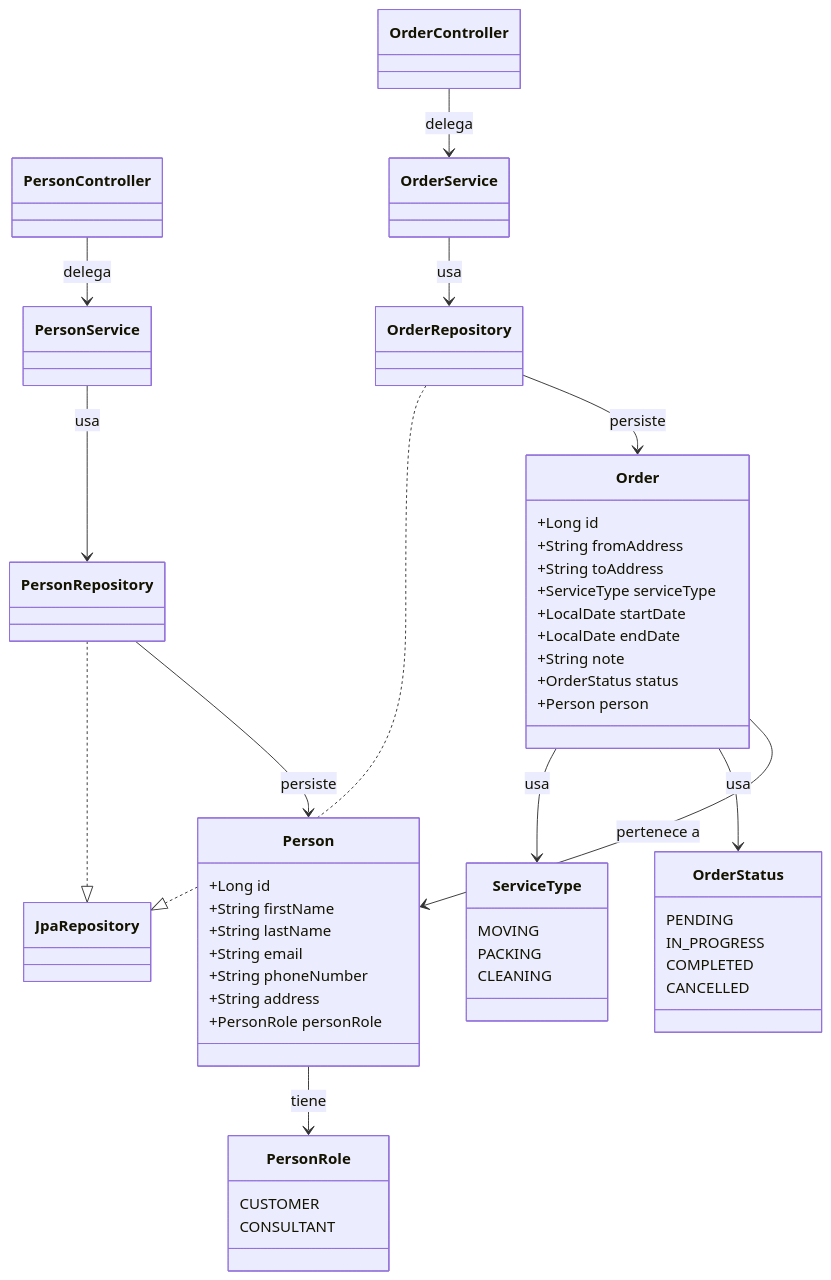
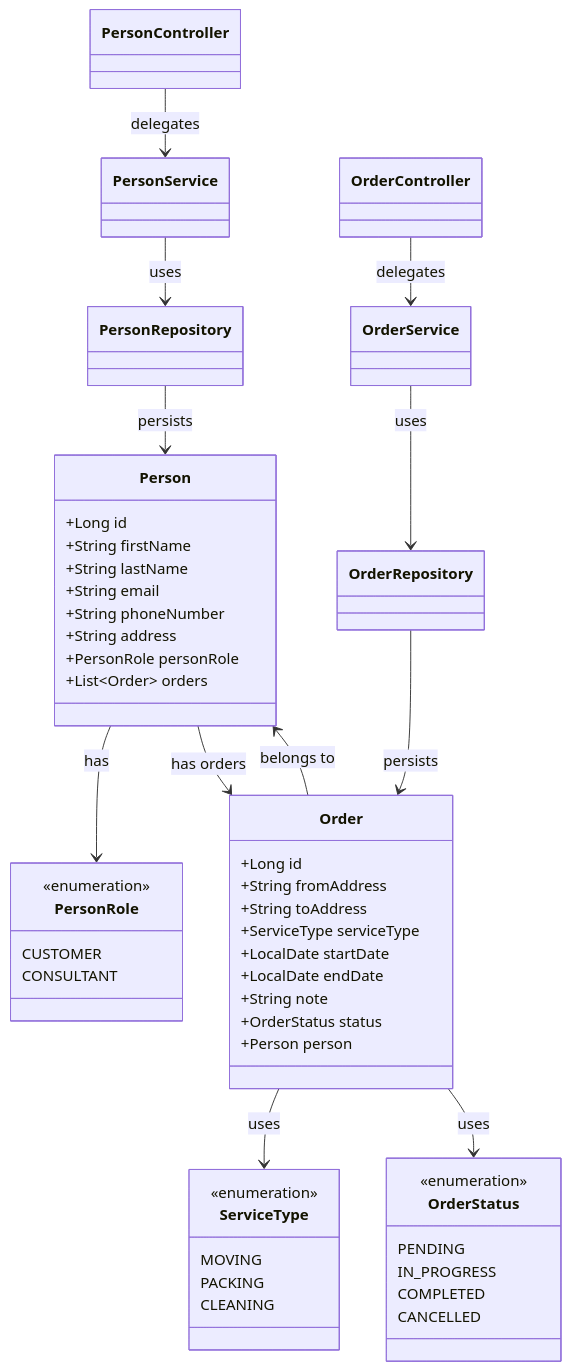
The diagram in diagram.mmd (andryous/tmc-backend), drawn with Mermaid before and after one commit. The commit also changed 7 other files, not shown here.

```diff
--- a/diagram.mmd
+++ b/diagram.mmd
@@ -1,64 +1,64 @@
 classDiagram
     class Person {
         +Long id
         +String firstName
         +String lastName
         +String email
         +String phoneNumber
         +String address
         +PersonRole personRole
+        +List~Order~ orders
     }
 
     class PersonRole {
+        <<enumeration>>
         CUSTOMER
         CONSULTANT
     }
 
     class Order {
         +Long id
         +String fromAddress
         +String toAddress
         +ServiceType serviceType
         +LocalDate startDate
         +LocalDate endDate
         +String note
         +OrderStatus status
         +Person person
     }
 
     class ServiceType {
+        <<enumeration>>
         MOVING
         PACKING
         CLEANING
     }
 
     class OrderStatus {
+        <<enumeration>>
         PENDING
         IN_PROGRESS
         COMPLETED
         CANCELLED
     }
 
     class PersonRepository
-    PersonRepository ..|> JpaRepository
-
     class PersonService
     class PersonController
-
-    PersonService --> PersonRepository : usa
-    PersonController --> PersonService : delega
-    PersonRepository --> Person : persiste
-    Person --> PersonRole : tiene
-
     class OrderRepository
-    OrderRepository ..|> JpaRepository
-
     class OrderService
     class OrderController
 
-    OrderService --> OrderRepository : usa
-    OrderController --> OrderService : delega
-    OrderRepository --> Order : persiste
-    Order --> ServiceType : usa
-    Order --> OrderStatus : usa
-    Order --> Person : pertenece a
+    PersonService --> PersonRepository : uses
+    PersonController --> PersonService : delegates
+    PersonRepository --> Person : persists
+    Person --> PersonRole : has
+
+    OrderService --> OrderRepository : uses
+    OrderController --> OrderService : delegates
+    OrderRepository --> Order : persists
+    Order --> ServiceType : uses
+    Order --> OrderStatus : uses
+    Order --> Person : belongs to
+    Person --> Order : has orders
```
